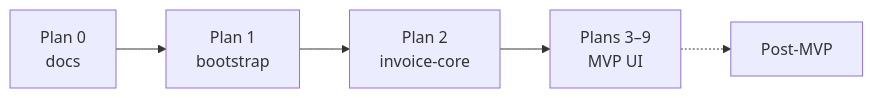
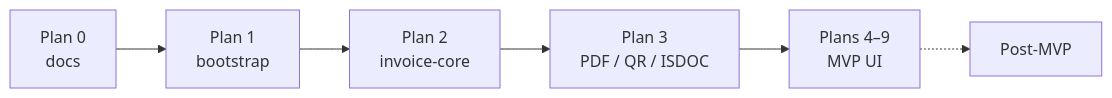
Before and after one commit to filipditrich/inveoiceyai: the second of 2 diagrams in README.md, drawn with Mermaid. The commit also changed other lines of this file and 7 other files, not shown here.

Commit message:
docs(docs): mark plan 2 complete and align roadmap and domain notes

````diff
--- a/README.md
+++ b/README.md
@@ -176,7 +177,8 @@
 ```mermaid
 flowchart LR
     P0["Plan 0<br/>docs"] --> P1["Plan 1<br/>bootstrap"]
     P1 --> P2["Plan 2<br/>invoice-core"]
-    P2 --> P3["Plans 3–9<br/>MVP UI"]
-    P3 -.-> Post["Post-MVP"]
+    P2 --> P3["Plan 3<br/>PDF / QR / ISDOC"]
+    P3 --> PM["Plans 4–9<br/>MVP UI"]
+    PM -.-> Post["Post-MVP"]
 ```
````
